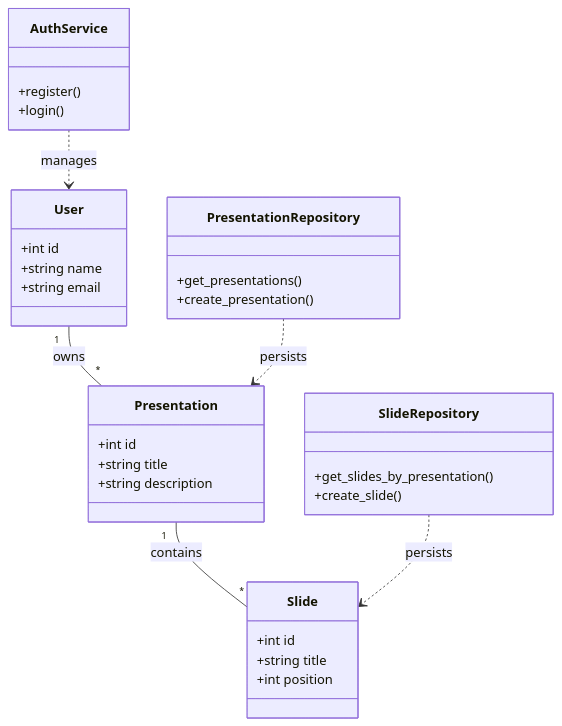
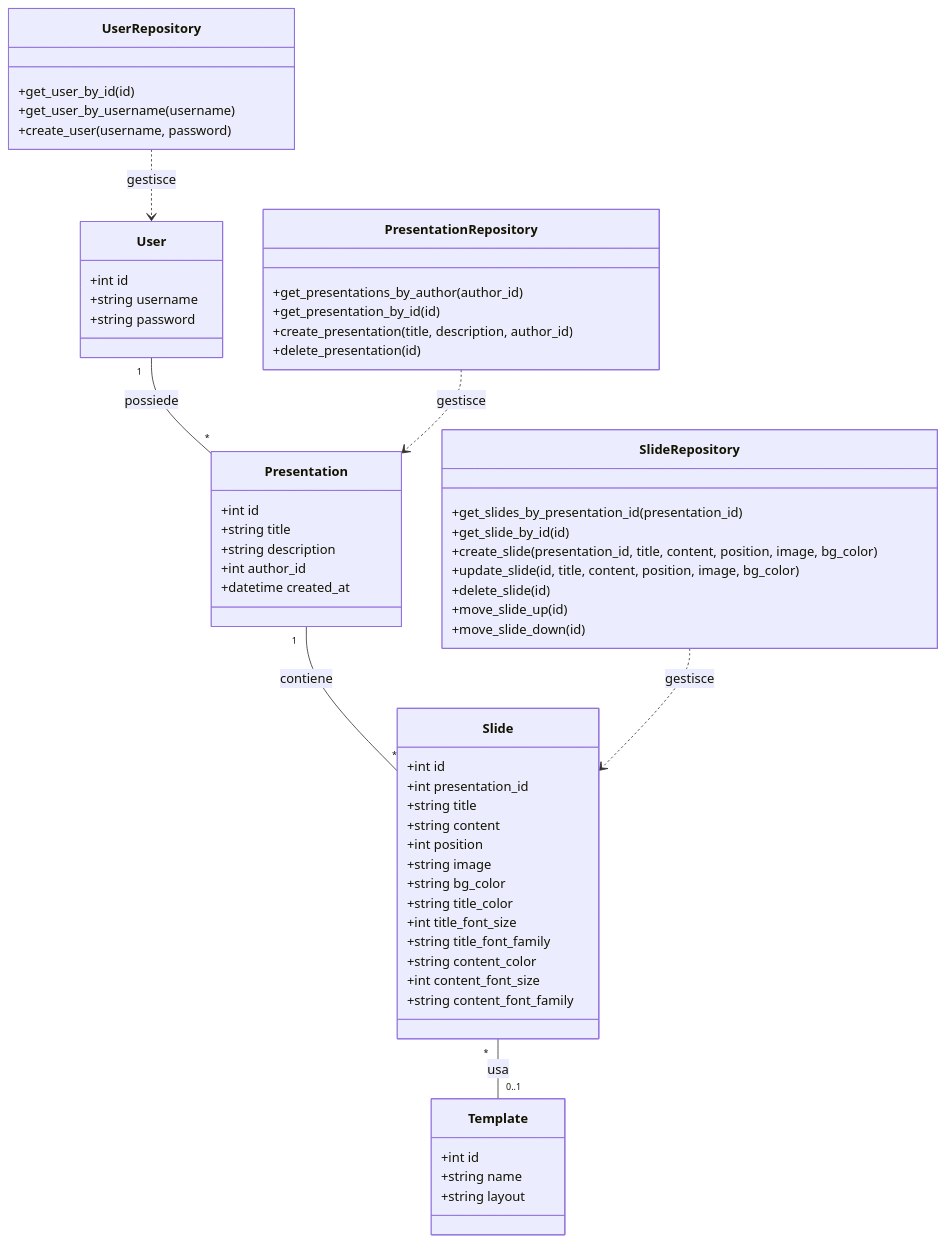
One commit to CristianMonticelli/Progetto_Maturita changed the second of 3 diagrams in Documento_Requisiti_SlidesApp.md. Above: the diagram before and after it, drawn with Mermaid. The commit also changed other lines of this file, not shown here.

Commit message:
Update Documento_Requisiti_SlidesApp.mdmiglioria requisiti

````diff
--- a/Documento_Requisiti_SlidesApp.md
+++ b/Documento_Requisiti_SlidesApp.md
@@ -165,41 +169,62 @@
 ```mermaid
 classDiagram
     class User {
         +int id
-        +string name
-        +string email
+        +string username
+        +string password
     }
-
     class Presentation {
         +int id
         +string title
         +string description
+        +int author_id
+        +datetime created_at
+    }
+    class Slide {
+        +int id
+        +int presentation_id
+        +string title
+        +string content
+        +int position
+        +string image
+        +string bg_color
+        +string title_color
+        +int title_font_size
+        +string title_font_family
+        +string content_color
+        +int content_font_size
+        +string content_font_family
+    }
+    class Template {
+        +int id
+        +string name
+        +string layout
+    }
+    class UserRepository {
+        +get_user_by_id(id)
+        +get_user_by_username(username)
+        +create_user(username, password)
+    }
+    class PresentationRepository {
+        +get_presentations_by_author(author_id)
+        +get_presentation_by_id(id)
+        +create_presentation(title, description, author_id)
+        +delete_presentation(id)
+    }
+    class SlideRepository {
+        +get_slides_by_presentation_id(presentation_id)
+        +get_slide_by_id(id)
+        +create_slide(presentation_id, title, content, position, image, bg_color)
+        +update_slide(id, title, content, position, image, bg_color)
+        +delete_slide(id)
+        +move_slide_up(id)
+        +move_slide_down(id)
     }
 
-    class Slide {
-        +int id
-        +string title
-        +int position
-    }
-
-    class PresentationRepository {
-        +get_presentations()
-        +create_presentation()
-    }
-
-    class SlideRepository {
-        +get_slides_by_presentation()
-        +create_slide()
-    }
-
-    class AuthService {
-        +register()
-        +login()
-    }
-
-    User "1" -- "*" Presentation : owns
-    Presentation "1" -- "*" Slide : contains
-    PresentationRepository ..> Presentation : persists
-    SlideRepository ..> Slide : persists
-    AuthService ..> User : manages
+    User "1" -- "*" Presentation : possiede
+    Presentation "1" -- "*" Slide : contiene
+    Slide "*" -- "0..1" Template : usa
+    UserRepository ..> User : gestisce
+    PresentationRepository ..> Presentation : gestisce
+    SlideRepository ..> Slide : gestisce
 ```
````
